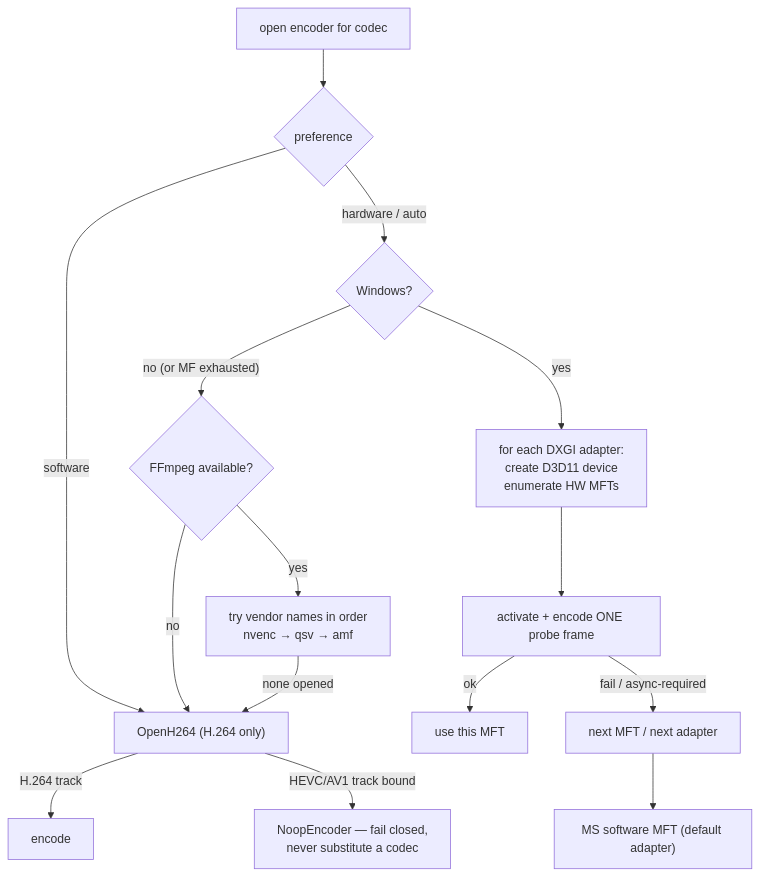
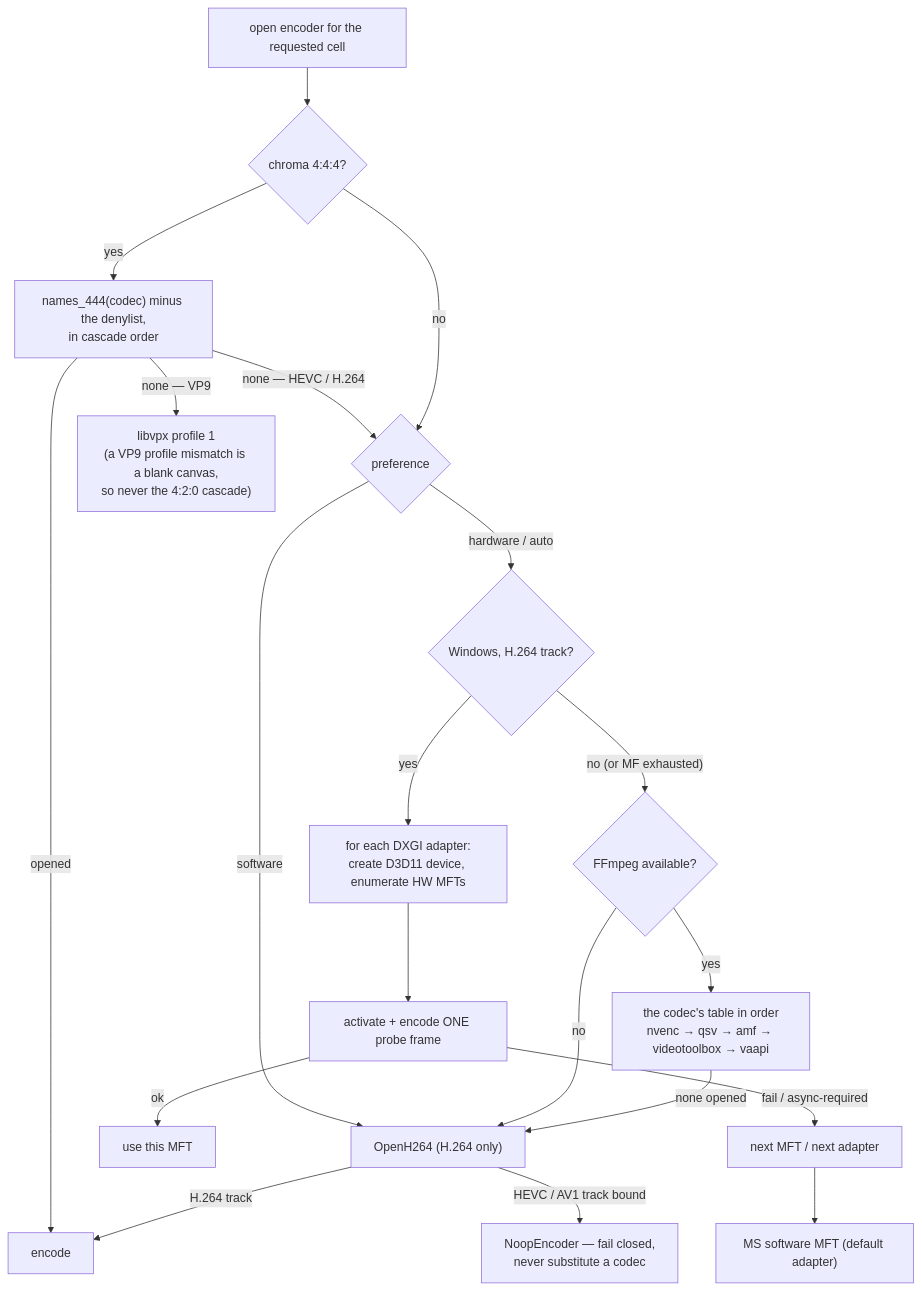
Before and after one commit to gjovanov/roomler2: the fourth of 7 diagrams in docs/encoders.md, drawn with Mermaid. The commit also changed other lines of this file and 4 other files, not shown here.

First line of the commit message:
docs(fr-77): P5 — encoders.md rewritten around the cell matrix (the resolution and probe diagrams) (#1502)

````diff
--- a/docs/encoders.md
+++ b/docs/encoders.md
@@ -69,17 +259,22 @@
 ```mermaid
 flowchart TB
-    START["open encoder for codec"] --> PREF{"preference"}
+    START["open encoder for the requested cell"] --> C444{chroma 4:4:4?}
+    C444 -->|yes| N444["names_444(codec) minus the denylist,<br/>in cascade order"]
+    N444 -->|opened| OK["encode"]
+    N444 -->|"none — HEVC / H.264"| PREF
+    N444 -->|"none — VP9"| VPX["libvpx profile 1<br/>(a VP9 profile mismatch is a blank canvas,<br/>so never the 4:2:0 cascade)"]
+    C444 -->|no| PREF{"preference"}
     PREF -->|software| SW["OpenH264 (H.264 only)"]
-    PREF -->|hardware / auto| MFQ{"Windows?"}
-    MFQ -->|yes| ADP["for each DXGI adapter:<br/>create D3D11 device<br/>enumerate HW MFTs"]
+    PREF -->|hardware / auto| MFQ{"Windows, H.264 track?"}
+    MFQ -->|yes| ADP["for each DXGI adapter:<br/>create D3D11 device, enumerate HW MFTs"]
     ADP --> PROBE["activate + encode ONE probe frame"]
     PROBE -->|ok| USE["use this MFT"]
     PROBE -->|"fail / async-required"| NEXT["next MFT / next adapter"]
     NEXT --> SWMFT["MS software MFT (default adapter)"]
     MFQ -->|"no (or MF exhausted)"| FF{"FFmpeg available?"}
-    FF -->|yes| CASC["try vendor names in order<br/>nvenc → qsv → amf"]
+    FF -->|yes| CASC["the codec's table in order<br/>nvenc → qsv → amf → videotoolbox → vaapi"]
     FF -->|no| SW
     CASC -->|none opened| SW
-    SW -->|"H.264 track"| OK["encode"]
-    SW -->|"HEVC/AV1 track bound"| NOOP["NoopEncoder — fail closed,<br/>never substitute a codec"]
+    SW -->|"H.264 track"| OK
+    SW -->|"HEVC / AV1 track bound"| NOOP["NoopEncoder — fail closed,<br/>never substitute a codec"]
 ```
````
